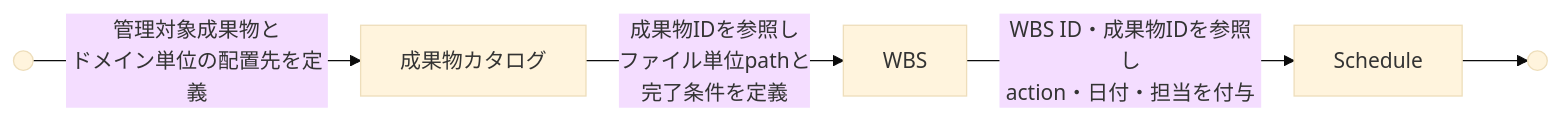
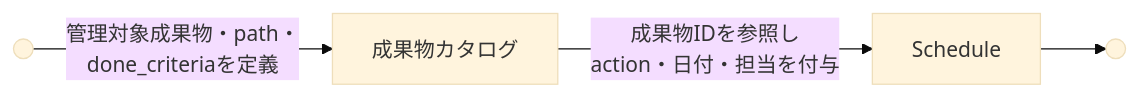
The diagram in docs/ja/specdojo/guidelines/specdojo-deliverables-to-schedule-guide.md (specdojo/specdojo), drawn with Mermaid (base theme) before and after one commit. The commit also changed other lines of this file and 25 other files, not shown here.

````diff
--- a/docs/ja/specdojo/guidelines/specdojo-deliverables-to-schedule-guide.md
+++ b/docs/ja/specdojo/guidelines/specdojo-deliverables-to-schedule-guide.md
@@ -47,7 +45,6 @@
 ```mermaid
 flowchart LR
-    START(( )) -->|管理対象成果物と<br/>ドメイン単位の配置先を定義| A["成果物カタログ"]
-    A -->|成果物IDを参照し<br/>ファイル単位pathと<br/>完了条件を定義| B["WBS"]
-    B -->|WBS ID・成果物IDを参照し<br/>action・日付・担当を付与| C["Schedule"]
+    START(( )) -->|管理対象成果物・path・<br/>done_criteriaを定義| A["成果物カタログ"]
+    A -->|成果物IDを参照し<br/>action・日付・担当を付与| C["Schedule"]
     C --> END(( ))
 ```
````
